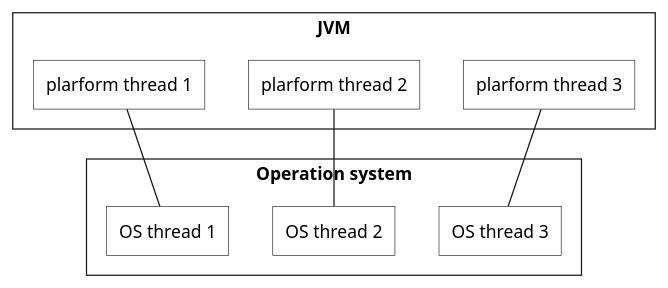
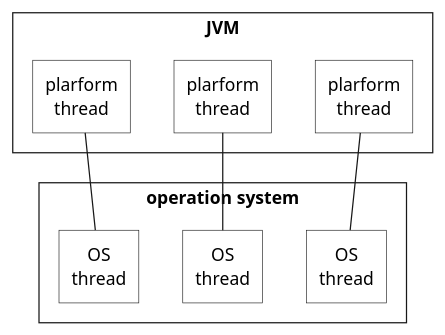
Before and after one commit to ti-cortex-m4/demo-java-virtual-threads2: the diagram in images/platform_threads.puml, drawn with PlantUML. The commit also changed 1 other file, not shown here.

```diff
--- a/images/platform_threads.puml
+++ b/images/platform_threads.puml
@@ -1,27 +1,27 @@
 @startuml
 
 skinparam {
     defaultTextAlignment center
     roundCorner 0
     CardBackgroundColor transparent
     RectangleBackgroundColor transparent
     RectangleFontName Source Sans Pro
 }
 
 rectangle JVM {
-  rectangle "plarform thread 1" as PlatformThread1
-  rectangle "plarform thread 2" as PlatformThread2
-  rectangle "plarform thread 3" as PlatformThread3
+  rectangle "plarform\nthread" as PlatformThread1
+  rectangle "plarform\nthread" as PlatformThread2
+  rectangle "plarform\nthread" as PlatformThread3
 }
 
-rectangle "Operation system" {
-  rectangle "OS thread 1" as OsThread1
-  rectangle "OS thread 2" as OsThread2
-  rectangle "OS thread 3" as OsThread3
+rectangle "operation system" {
+  rectangle "OS\nthread" as OsThread1
+  rectangle "OS\nthread" as OsThread2
+  rectangle "OS\nthread" as OsThread3
 }
 
 OsThread1 -up- PlatformThread1
 OsThread2 -up- PlatformThread2
 OsThread3 -up- PlatformThread3
 
 @enduml
```
